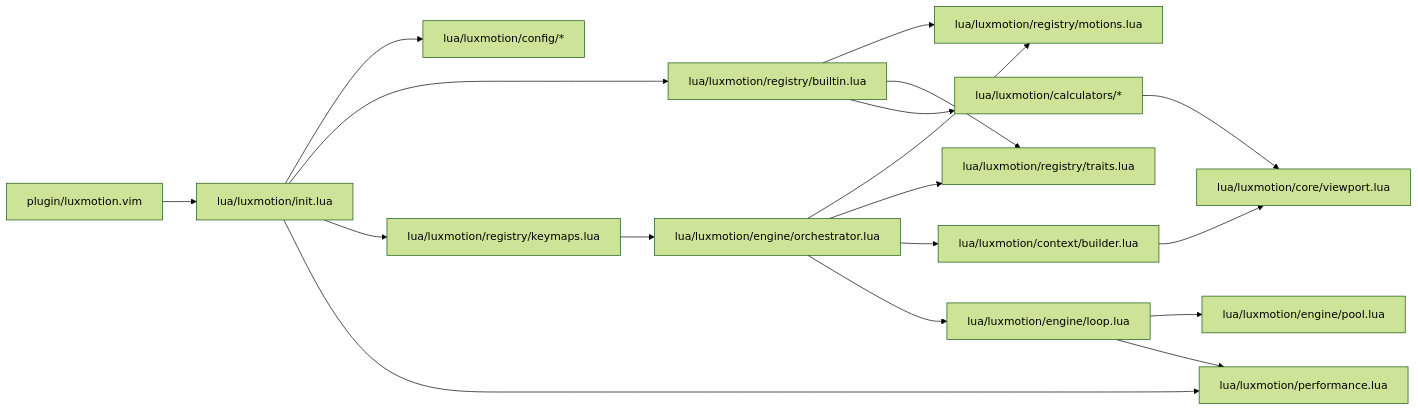
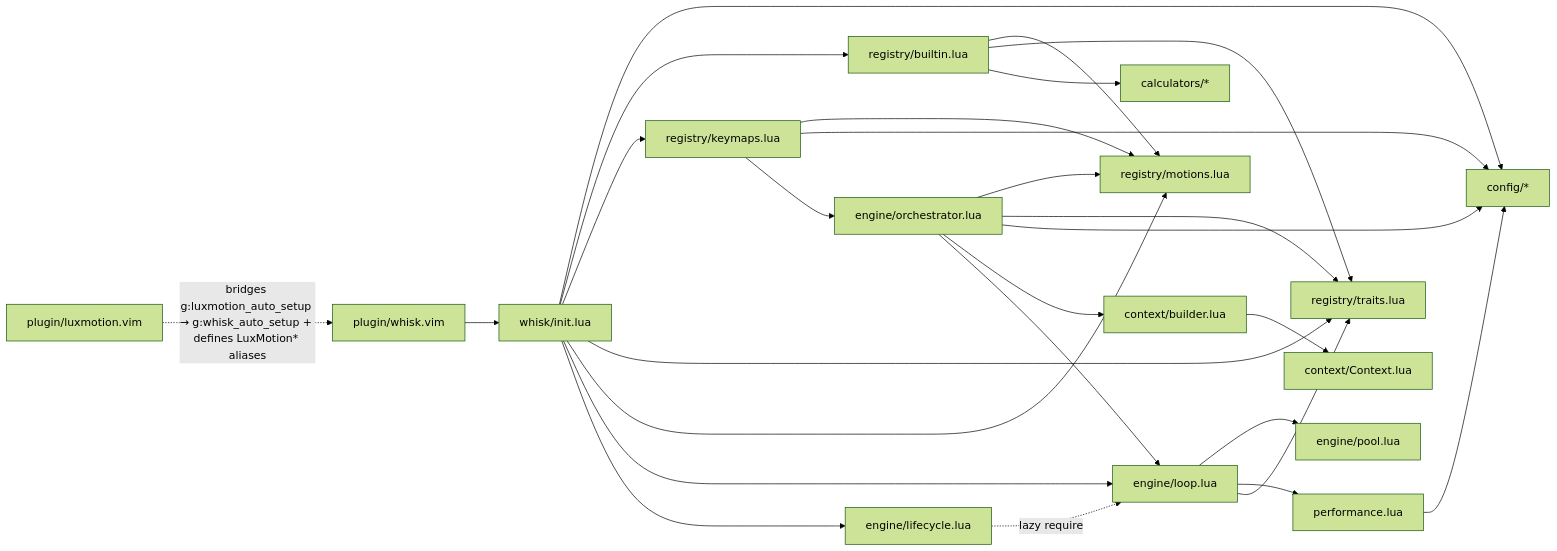
The second of 2 diagrams in docs/ARCHITECTURE.md (josstei/whisk.nvim), drawn with Mermaid (forest theme) before and after one commit. The commit also changed other lines of this file and 64 other files, not shown here.

````diff
--- a/docs/ARCHITECTURE.md
+++ b/docs/ARCHITECTURE.md
@@ -34,23 +99,32 @@
 ```mermaid
 flowchart LR
-  plugin[plugin/luxmotion.vim] --> init[lua/luxmotion/init.lua]
-  init --> config[lua/luxmotion/config/*]
-  init --> builtin[lua/luxmotion/registry/builtin.lua]
-  init --> keymaps[lua/luxmotion/registry/keymaps.lua]
-  init --> performance[lua/luxmotion/performance.lua]
+  shim[plugin/luxmotion.vim] -.->|bridges g:luxmotion_auto_setup → g:whisk_auto_setup + defines LuxMotion* aliases| plugin[plugin/whisk.vim]
+  plugin --> init[whisk/init.lua]
+  init --> config[config/*]
+  init --> builtin[registry/builtin.lua]
+  init --> keymaps_reg[registry/keymaps.lua]
+  init --> traits_reg[registry/traits.lua]
+  init --> motions[registry/motions.lua]
+  init --> loop[engine/loop.lua]
+  init --> lifecycle[engine/lifecycle.lua]
 
-  builtin --> motions[lua/luxmotion/registry/motions.lua]
-  builtin --> traits[lua/luxmotion/registry/traits.lua]
-  builtin --> calculators[lua/luxmotion/calculators/*]
+  builtin --> motions
+  builtin --> traits_reg
+  builtin --> calcs[calculators/*]
 
-  keymaps --> orchestrator[lua/luxmotion/engine/orchestrator.lua]
-  orchestrator --> motions
-  orchestrator --> traits
-  orchestrator --> context[lua/luxmotion/context/builder.lua]
-  orchestrator --> loop[lua/luxmotion/engine/loop.lua]
+  keymaps_reg --> motions
+  keymaps_reg --> config
+  keymaps_reg --> orch[engine/orchestrator.lua]
+  orch --> motions
+  orch --> traits_reg
+  orch --> config
+  orch --> builder[context/builder.lua]
+  orch --> loop
 
-  context --> viewport[lua/luxmotion/core/viewport.lua]
-  calculators --> viewport
-  loop --> pool[lua/luxmotion/engine/pool.lua]
-  loop --> performance
+  builder --> ctx[context/Context.lua]
+  loop --> pool[engine/pool.lua]
+  loop --> perf[performance.lua]
+  loop --> traits_reg
+  perf --> config
+  lifecycle -.->|lazy require| loop
 ```
````
